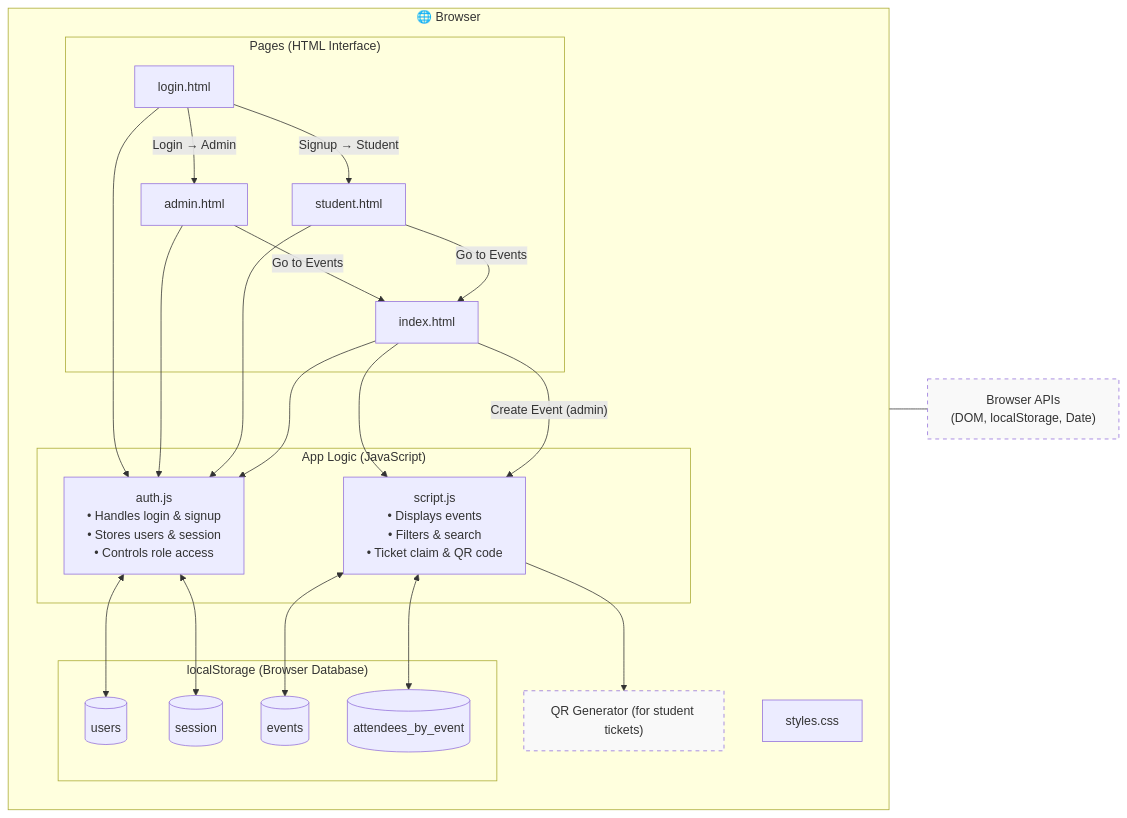
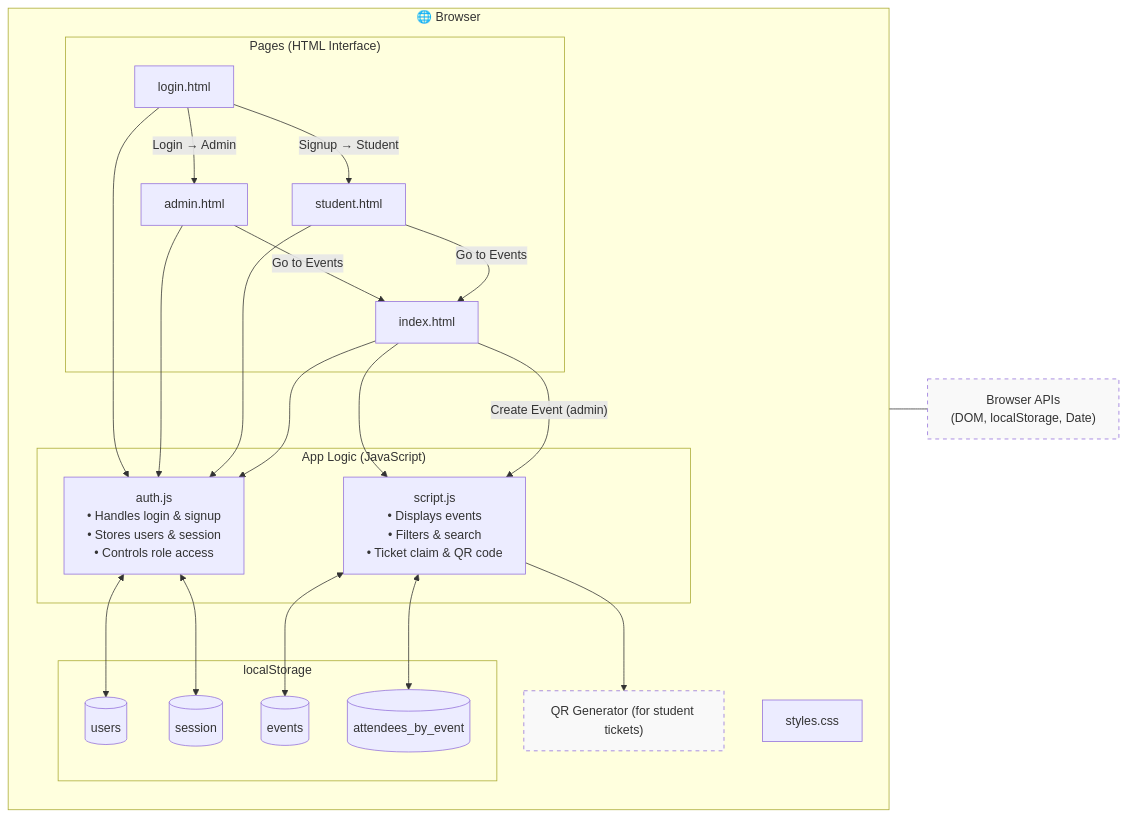
The diagram in block_diagram.mmd (MarcElHaddad1/SOEN-341), drawn with Mermaid before and after one commit.

```diff
--- a/block_diagram.mmd
+++ b/block_diagram.mmd
@@ -1,62 +1,62 @@
 flowchart LR
   %% ========== MAIN APP ==========
   subgraph Browser["🌐 Browser "]
     
     %% Pages Layer
     subgraph Pages[" Pages (HTML Interface)"]
       L[login.html]
       A[admin.html]
       S[student.html]
       I[index.html]
     end
 
     %% Logic Layer
     subgraph Logic[" App Logic (JavaScript)"]
       AUTH["auth.js\n• Handles login & signup\n• Stores users & session\n• Controls role access"]
       SCR["script.js\n• Displays events\n• Filters & search\n• Ticket claim & QR code"]
     end
 
     %% Data Layer
-    subgraph Data[" localStorage (Browser Database)"]
+    subgraph Data[" localStorage "]
       USERS[(users)]
       SESSION[(session)]
       EVENTS[(events)]
       ATTENDEES[(attendees_by_event)]
     end
 
     %% Styling
     STY[styles.css]
 
     %% Page connections
     L --> AUTH
     A --> AUTH
     S --> AUTH
     I --> AUTH
     I --> SCR
 
     %% Logic <-> Data
     AUTH <--> USERS
     AUTH <--> SESSION
     SCR  <--> EVENTS
     SCR  <--> ATTENDEES
 
     %% Navigation flow
     L -- "Login → Admin" --> A
     L -- "Signup → Student" --> S
     A -- "Go to Events" --> I
     S -- "Go to Events" --> I
 
     %% Admin-only function
     I -- "Create Event (admin)" --> SCR
 
     %% Utility
     QR["QR Generator (for student tickets)"]:::util
     SCR --> QR
 
     classDef util stroke-dasharray:5 5, fill:#f9f9f9;
   end
 
   %% External dependencies
   BAPI["Browser APIs 
 (DOM, localStorage, Date)"]:::util
   Browser --- BAPI
```
